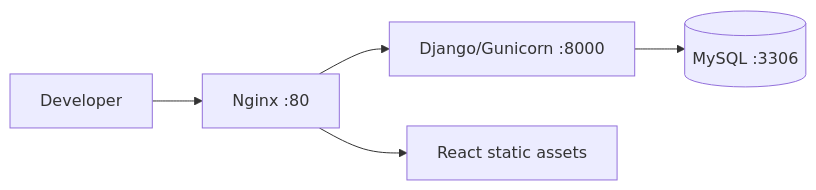
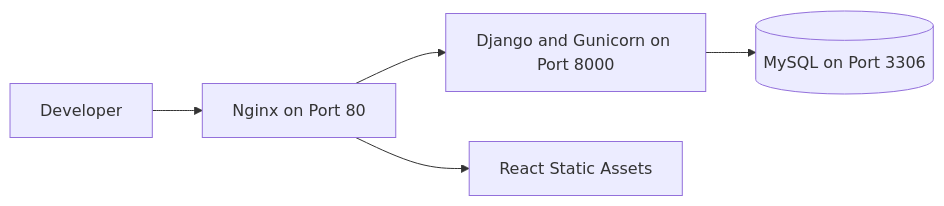
One commit to sudarshanvashisht/django-notes-app-k8s changed the second of 3 diagrams in README.md. Above: the diagram before and after it, drawn with Mermaid. The commit also changed other lines of this file, not shown here.

````diff
--- a/README.md
+++ b/README.md
@@ -46,7 +39,7 @@
 ```mermaid
 flowchart LR
-    User[Developer] --> Nginx80[Nginx :80]
-    Nginx80 --> Web[Django/Gunicorn :8000]
-    Web --> DB[(MySQL :3306)]
-    Nginx80 --> ReactFiles[React static assets]
+    User[Developer] --> Nginx80[Nginx on Port 80]
+    Nginx80 --> Web[Django and Gunicorn on Port 8000]
+    Web --> DB[(MySQL on Port 3306)]
+    Nginx80 --> ReactFiles[React Static Assets]
 ```
````
